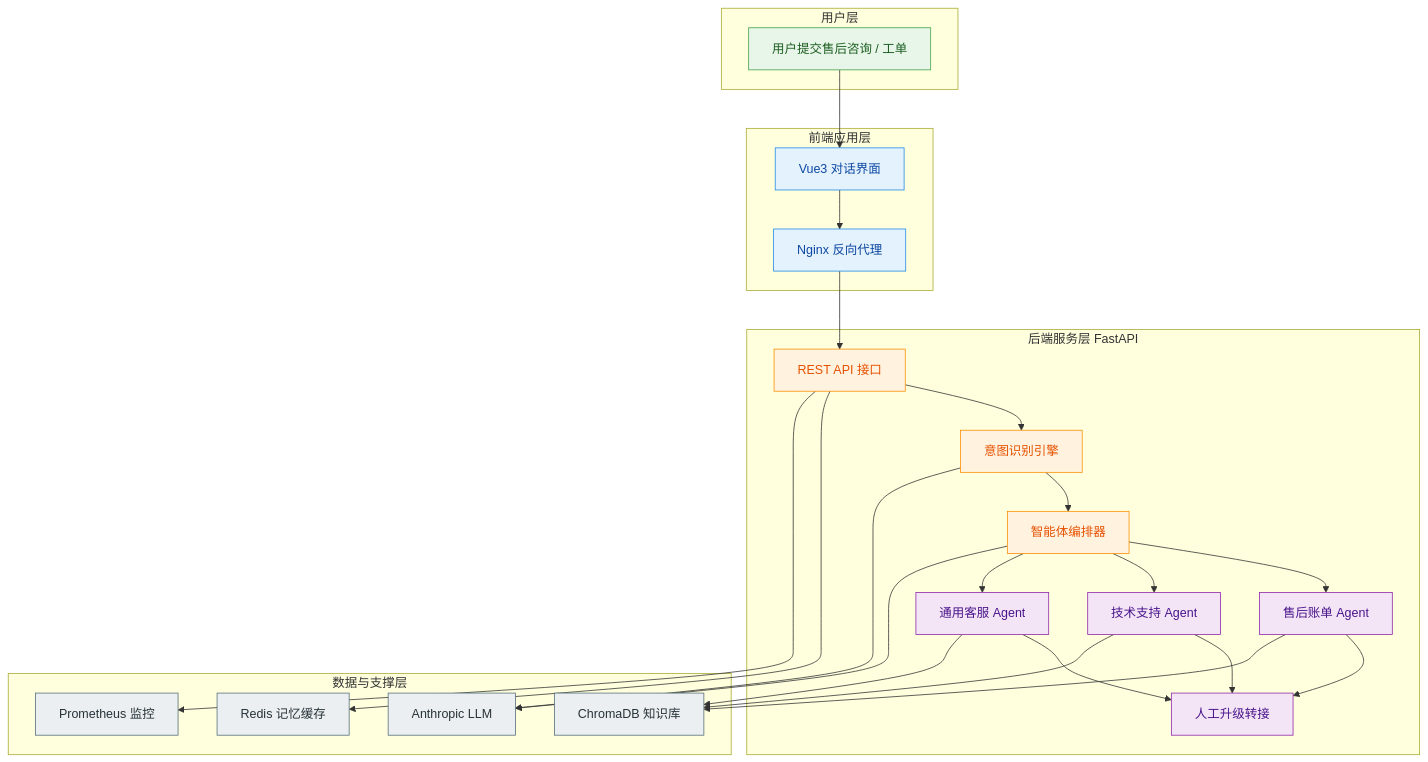
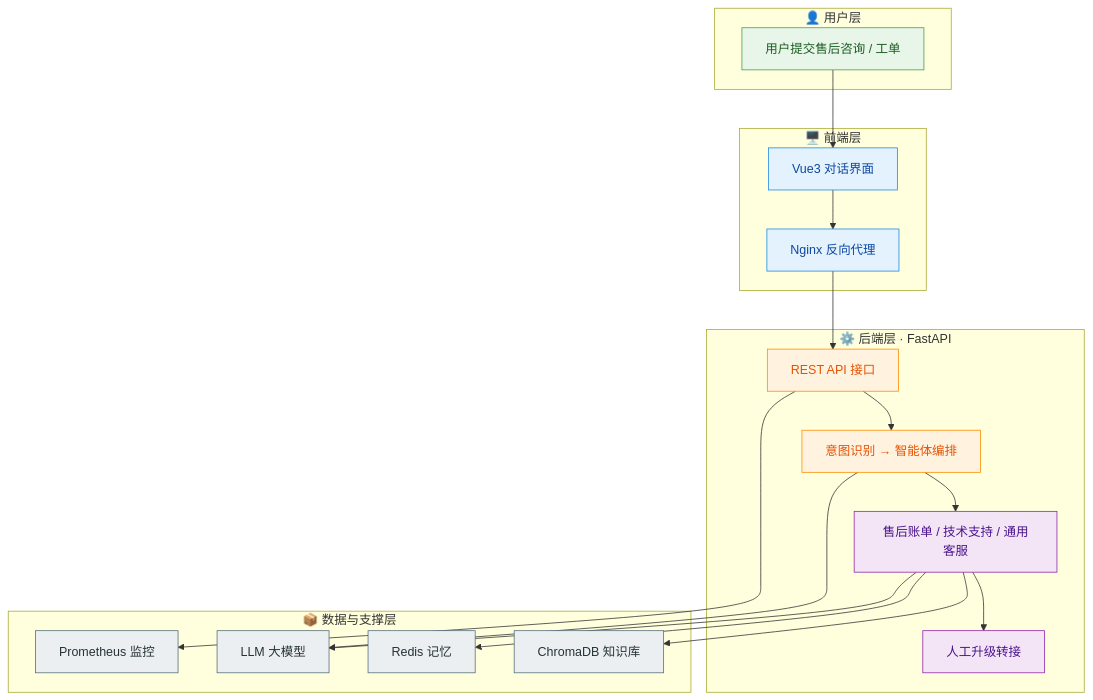
One commit to caoying-1026/After-sales-Work-Order-Distribution-System-Based-on-Multi-Agent changed the diagram in README.md. Above: the diagram before and after it, drawn with Mermaid.

Commit message:
docs: 重构系统架构图为规整分层结构

````diff
--- a/README.md
+++ b/README.md
@@ -23,55 +23,47 @@
 ```mermaid
 flowchart TB
-    subgraph U["用户层"]
+    subgraph U["👤 用户层"]
         U1["用户提交售后咨询 / 工单"]
     end
-    subgraph F["前端应用层"]
+
+    subgraph FE["🖥️ 前端层"]
         F1["Vue3 对话界面"]
         F2["Nginx 反向代理"]
     end
-    subgraph A["后端服务层 FastAPI"]
+
+    subgraph BE["⚙️ 后端层 · FastAPI"]
         API["REST API 接口"]
-        INTENT["意图识别引擎"]
-        ORCH["智能体编排器"]
-        BILLING["售后账单 Agent"]
-        TECH["技术支持 Agent"]
-        GENERAL["通用客服 Agent"]
-        ESCALATE["人工升级转接"]
-    end
-    subgraph S["数据与支撑层"]
-        KB["ChromaDB 知识库"]
-        MEM["Redis 记忆缓存"]
-        MON["Prometheus 监控"]
-        LLM["Anthropic LLM"]
+        ORCH["意图识别 → 智能体编排"]
+        AGENTS["售后账单 / 技术支持 / 通用客服"]
+        ESC["人工升级转接"]
     end
 
-    U1 --> F1
-    F1 --> F2
+    subgraph DS["📦 数据与支撑层"]
+        KB["ChromaDB 知识库"]
+        MEM["Redis 记忆"]
+        LLM["LLM 大模型"]
+        MON["Prometheus 监控"]
+    end
+
+    U1 --> F1 --> F2
     F2 --> API
-    API --> INTENT
-    INTENT --> ORCH
-    ORCH --> BILLING
-    ORCH --> TECH
-    ORCH --> GENERAL
-    BILLING --> ESCALATE
-    TECH --> ESCALATE
-    GENERAL --> ESCALATE
-    BILLING --> KB
-    TECH --> KB
-    GENERAL --> KB
-    INTENT --> LLM
+    API --> ORCH
+    ORCH --> AGENTS
+    AGENTS --> ESC
+    AGENTS --> KB
+    AGENTS --> MEM
     ORCH --> LLM
-    API --> MEM
+    AGENTS --> LLM
     API --> MON
 
     classDef user fill:#e8f5e9,stroke:#43a047,color:#1b5e20
     classDef front fill:#e3f2fd,stroke:#1e88e5,color:#0d47a1
     classDef api fill:#fff3e0,stroke:#fb8c00,color:#e65100
     classDef agent fill:#f3e5f5,stroke:#8e24aa,color:#4a148c
     classDef infra fill:#eceff1,stroke:#546e7a,color:#263238
     class U1 user
     class F1,F2 front
-    class API,INTENT,ORCH api
-    class BILLING,TECH,GENERAL,ESCALATE agent
-    class KB,MEM,MON,LLM infra
+    class API,ORCH api
+    class AGENTS,ESC agent
+    class KB,MEM,LLM,MON infra
 ```
````
